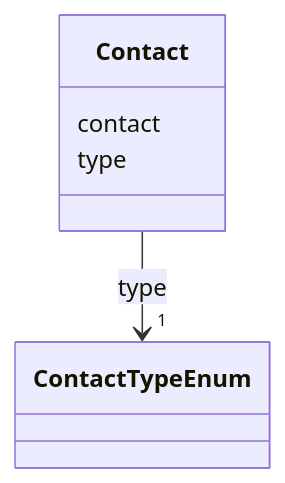
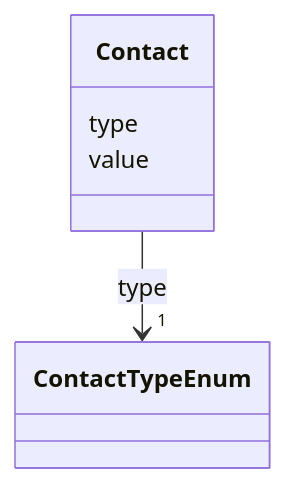
One commit to swiss/political-affairs-ech-group changed the diagram in ech-0294_actors/output/docs/Contact.md. Above: the diagram before and after it, drawn with Mermaid. The commit also changed other lines of this file and 36 other files, not shown here.

````diff
--- a/ech-0294_actors/output/docs/Contact.md
+++ b/ech-0294_actors/output/docs/Contact.md
@@ -13,19 +13,19 @@
 ```mermaid
  classDiagram
     class Contact
     click Contact href "../Contact/"
-      Contact : contact
-        
       Contact : type
         
           
     
         
         
         Contact --> "1" ContactTypeEnum : type
         click ContactTypeEnum href "../ContactTypeEnum/"
     
 
         
+      Contact : value
+        
       
 ```
````
